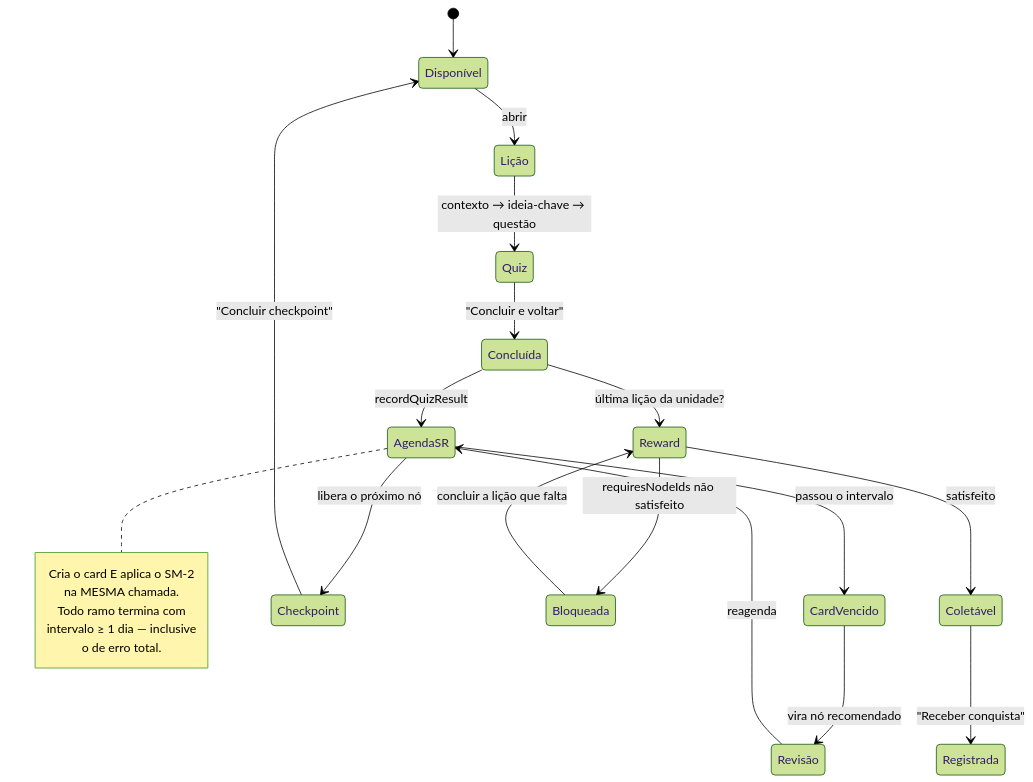
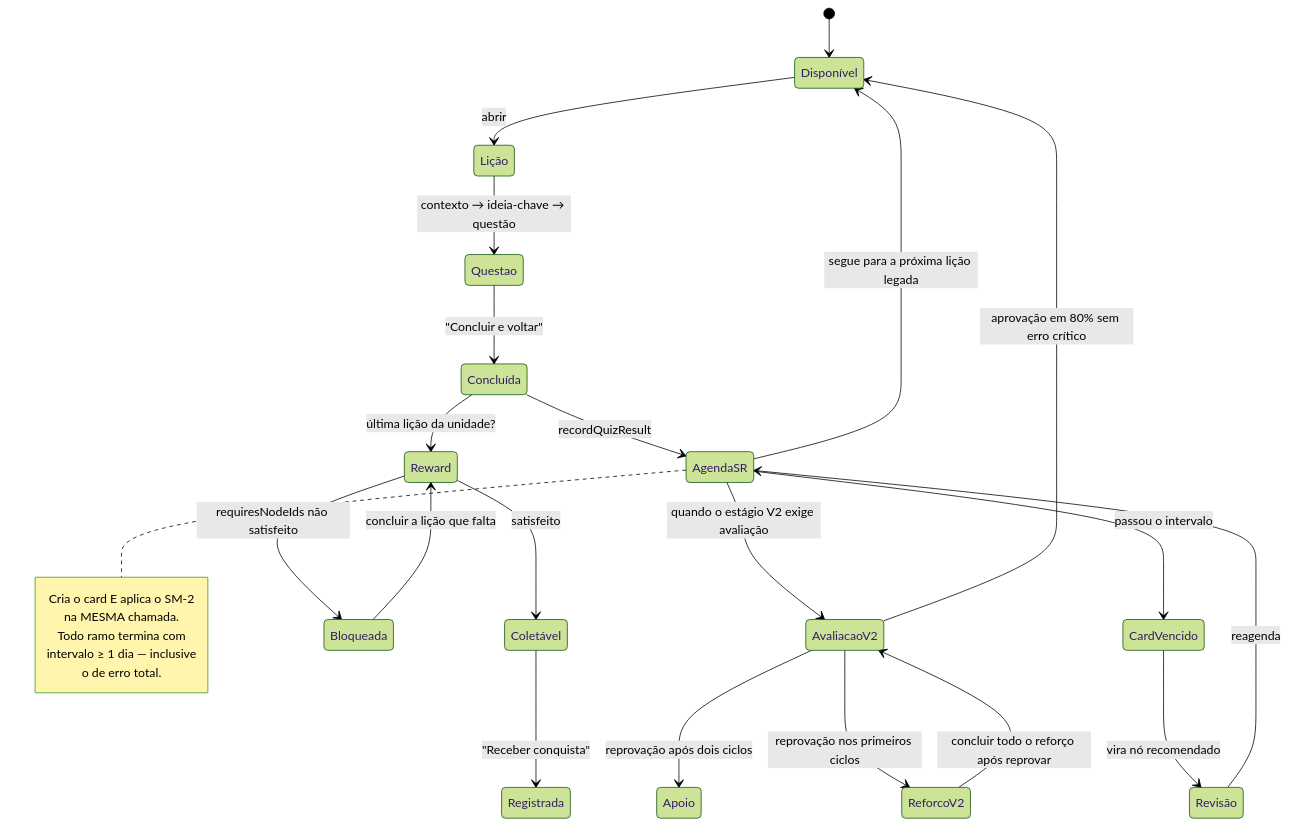
One commit to andersonsmelo/Radiant changed the second of 2 diagrams in docs/CLIENT_FLOW.md. Above: the diagram before and after it, drawn with Mermaid (forest theme). The commit also changed other lines of this file and 7 other files, not shown here.

Commit message:
docs: reconcile Radiant study improvements and current flows

````diff
--- a/docs/CLIENT_FLOW.md
+++ b/docs/CLIENT_FLOW.md
@@ -82,30 +96,34 @@
 ```mermaid
 stateDiagram-v2
     [*] --> Disponível
 
     Disponível --> Lição: abrir
-    Lição --> Quiz: contexto → ideia-chave → questão
-    Quiz --> Concluída: "Concluir e voltar"
+    Lição --> Questao: contexto → ideia-chave → questão
+    Questao --> Concluída: "Concluir e voltar"
 
     Concluída --> AgendaSR: recordQuizResult
     note right of AgendaSR
         Cria o card E aplica o SM-2
         na MESMA chamada.
         Todo ramo termina com
         intervalo ≥ 1 dia — inclusive
         o de erro total.
     end note
 
-    AgendaSR --> Checkpoint: libera o próximo nó
-    Checkpoint --> Disponível: "Concluir checkpoint"
+    AgendaSR --> Disponível: segue para a próxima lição legada
+    AgendaSR --> AvaliacaoV2: quando o estágio V2 exige avaliação
+    AvaliacaoV2 --> Disponível: aprovação em 80% sem erro crítico
+    AvaliacaoV2 --> ReforcoV2: reprovação nos primeiros ciclos
+    AvaliacaoV2 --> Apoio: reprovação após dois ciclos
+    ReforcoV2 --> AvaliacaoV2: concluir todo o reforço após reprovar
 
     AgendaSR --> CardVencido: passou o intervalo
     CardVencido --> Revisão: vira nó recomendado
     Revisão --> AgendaSR: reagenda
 
     Concluída --> Reward: última lição da unidade?
     Reward --> Bloqueada: requiresNodeIds não satisfeito
     Reward --> Coletável: satisfeito
     Coletável --> Registrada: "Receber conquista"
     Bloqueada --> Reward: concluir a lição que falta
 ```
````
